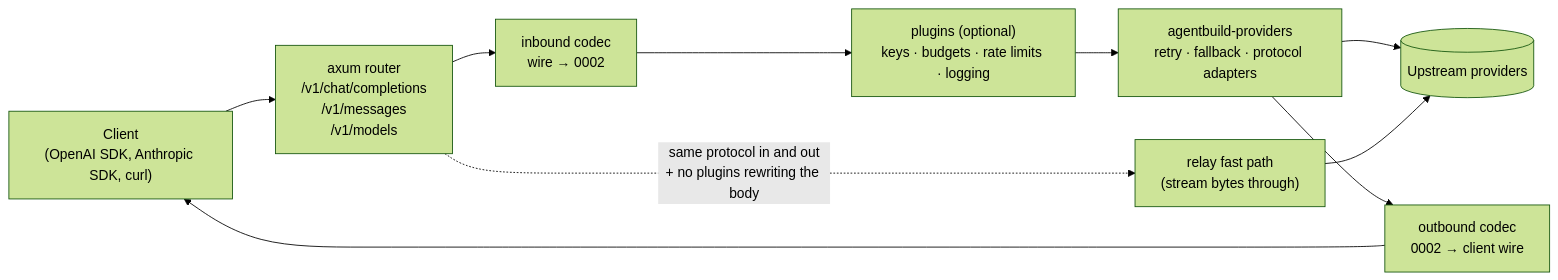
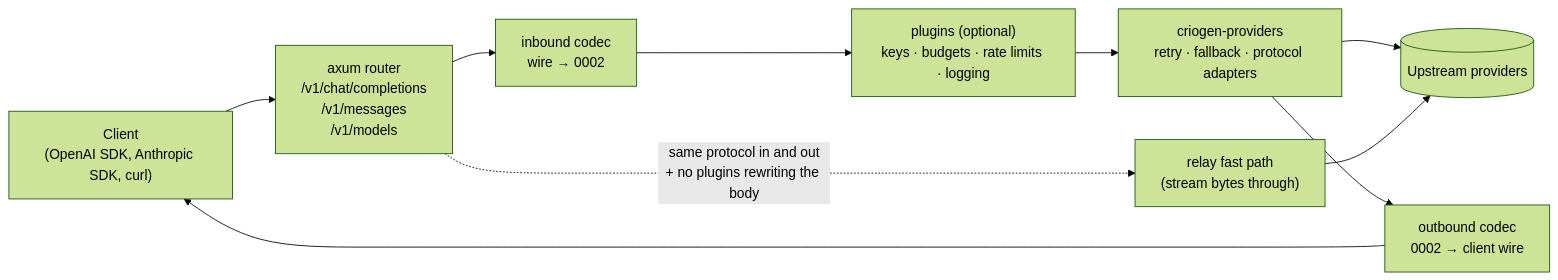
Before and after one commit to VARMAMASTER/criogenai: the diagram in docs/design/0006-provider-layer.md, drawn with Mermaid (forest theme). The commit also changed other lines of this file and 452 other files, not shown here.

````diff
--- a/docs/design/0006-provider-layer.md
+++ b/docs/design/0006-provider-layer.md
@@ -262,12 +262,12 @@
 ```mermaid
 flowchart LR
     C["Client<br/>(OpenAI SDK, Anthropic SDK, curl)"] --> R["axum router<br/>/v1/chat/completions<br/>/v1/messages<br/>/v1/models"]
     R --> IN["inbound codec<br/>wire → 0002"]
     IN --> PL["plugins (optional)<br/>keys · budgets · rate limits · logging"]
-    PL --> P["agentbuild-providers<br/>retry · fallback · protocol adapters"]
+    PL --> P["criogen-providers<br/>retry · fallback · protocol adapters"]
     P --> UP[(Upstream providers)]
     P --> OUT["outbound codec<br/>0002 → client wire"]
     OUT --> C
     R -. "same protocol in and out<br/>+ no plugins rewriting the body" .-> RELAY["relay fast path<br/>(stream bytes through)"]
     RELAY --> UP
 ```
````
